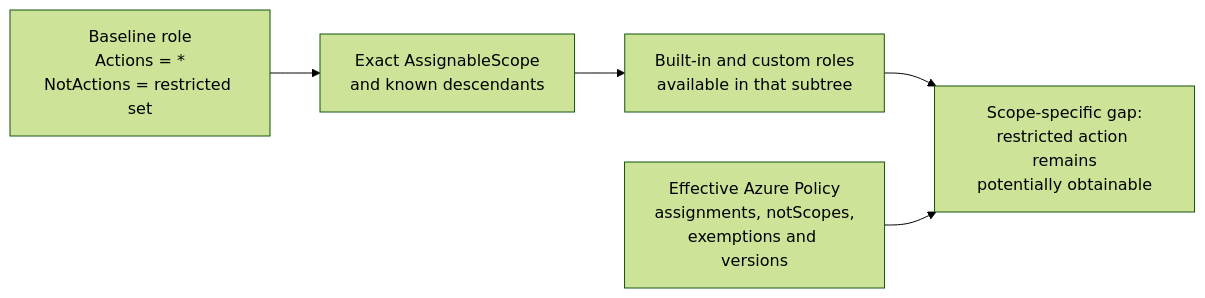
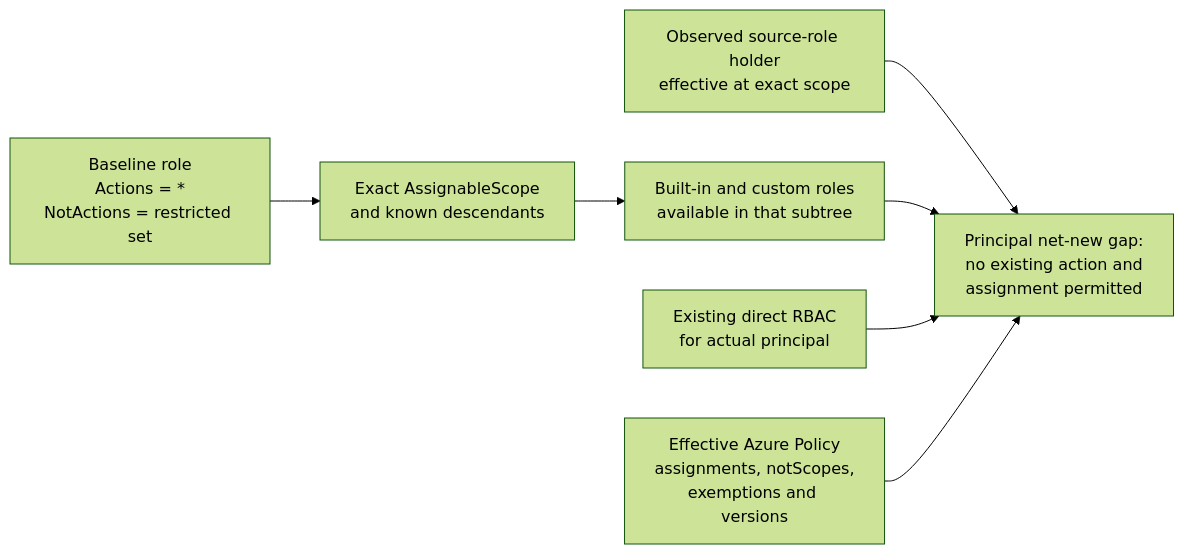
The diagram in README.md (danielfears/azure-radar), drawn with Mermaid (forest theme) before and after one commit. The commit also changed other lines of this file and 2 other files, not shown here.

First line of the commit message:
feat(report): detect principal net-new escalation

````diff
--- a/README.md
+++ b/README.md
@@ -27,13 +28,17 @@
 ```mermaid
 flowchart LR
     B["Baseline role<br/>Actions = *<br/>NotActions = restricted set"]
     S["Exact AssignableScope<br/>and known descendants"]
     R["Built-in and custom roles<br/>available in that subtree"]
     P["Effective Azure Policy<br/>assignments, notScopes,<br/>exemptions and versions"]
-    G["Scope-specific gap:<br/>restricted action remains<br/>potentially obtainable"]
+    H["Observed source-role holder<br/>effective at exact scope"]
+    E["Existing direct RBAC<br/>for actual principal"]
+    G["Principal net-new gap:<br/>no existing action and<br/>assignment permitted"]
 
     B --> S
     S --> R
+    H --> G
     R --> G
+    E --> G
     P --> G
 ```
````
